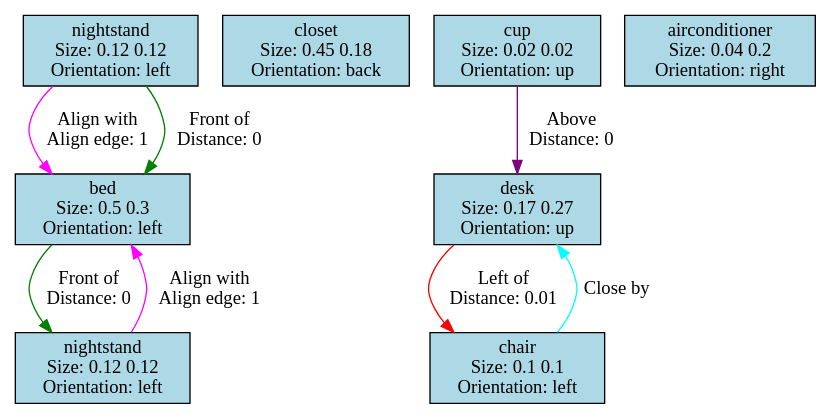
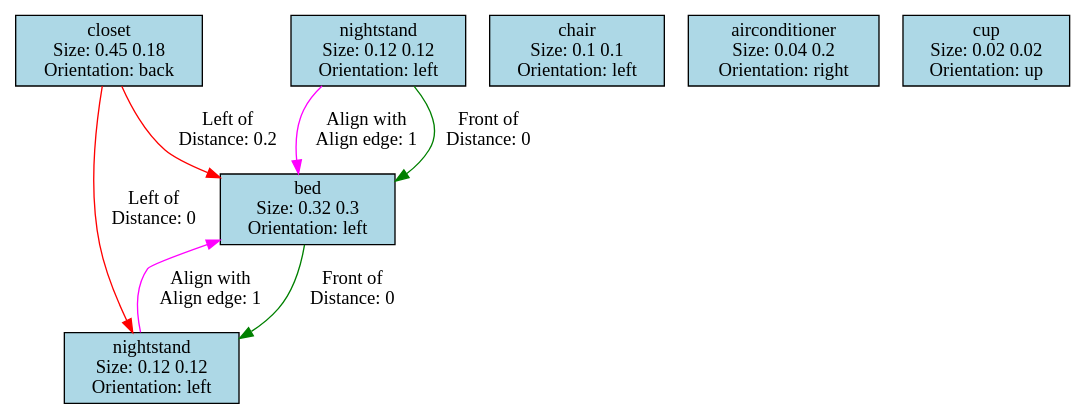
Before and after one commit to iambrc/AutoHomePlan: the diagram in Assets/SceneGraph/graph_out.dot, drawn with Graphviz. The commit also changed 17 other files, not shown here.

Commit message:
Provided a basic conflict constraint selection scheme / Fixed the bug of importing the scene graph multiple times / Modified the skybox

```diff
--- a/Assets/SceneGraph/graph_out.dot
+++ b/Assets/SceneGraph/graph_out.dot
@@ -1,17 +1,15 @@
 digraph G {
-0[label="bed\nSize: 0.5 0.3\nOrientation: left", shape=rect, style=filled, fillcolor="lightblue", width=0.5, height=0.3];
+0[label="bed\nSize: 0.32 0.3\nOrientation: left", shape=rect, style=filled, fillcolor="lightblue", width=0.32, height=0.3];
 1[label="nightstand\nSize: 0.12 0.12\nOrientation: left", shape=rect, style=filled, fillcolor="lightblue", width=0.12, height=0.12];
 2[label="nightstand\nSize: 0.12 0.12\nOrientation: left", shape=rect, style=filled, fillcolor="lightblue", width=0.12, height=0.12];
 3[label="closet\nSize: 0.45 0.18\nOrientation: back", shape=rect, style=filled, fillcolor="lightblue", width=0.45, height=0.18];
-4[label="desk\nSize: 0.17 0.27\nOrientation: up", shape=rect, style=filled, fillcolor="lightblue", width=0.17, height=0.27];
-5[label="chair\nSize: 0.1 0.1\nOrientation: left", shape=rect, style=filled, fillcolor="lightblue", width=0.1, height=0.1];
-6[label="airconditioner\nSize: 0.04 0.2\nOrientation: right", shape=rect, style=filled, fillcolor="lightblue", width=0.04, height=0.2];
-7[label="cup\nSize: 0.02 0.02\nOrientation: up", shape=rect, style=filled, fillcolor="lightblue", width=0.02, height=0.02];
+4[label="chair\nSize: 0.1 0.1\nOrientation: left", shape=rect, style=filled, fillcolor="lightblue", width=0.1, height=0.1];
+5[label="airconditioner\nSize: 0.04 0.2\nOrientation: right", shape=rect, style=filled, fillcolor="lightblue", width=0.04, height=0.2];
+6[label="cup\nSize: 0.02 0.02\nOrientation: up", shape=rect, style=filled, fillcolor="lightblue", width=0.02, height=0.02];
 0->2 [label="Front of\nDistance: 0\n", color="green"];
 1->0 [label="Align with\nAlign edge: 1\n", color="magenta"];
 1->0 [label="Front of\nDistance: 0\n", color="green"];
 2->0 [label="Align with\nAlign edge: 1\n", color="magenta"];
-4->5 [label="Left of\nDistance: 0.01\n", color="red"];
-5->4 [label="Close by\n", color="cyan"];
-7->4 [label="Above\nDistance: 0\n", color="purple"];
+3->0 [label="Left of\nDistance: 0.2\n", color="red"];
+3->2 [label="Left of\nDistance: 0\n", color="red"];
 }
```
